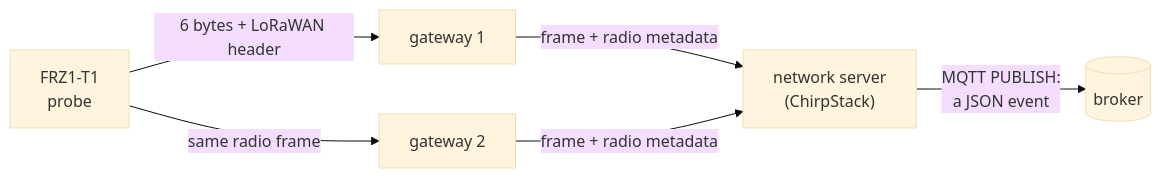
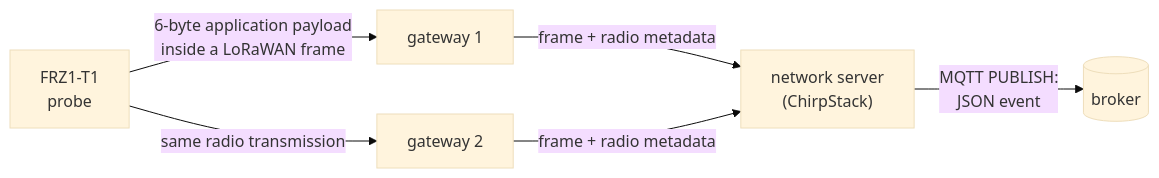
The second of 2 diagrams in lab1/README.md (lmendiboure/IoT-Labs-UPPA), drawn with Mermaid (base theme) before and after one commit. The commit also changed other lines of this file and 10 other files, not shown here.

````diff
--- a/lab1/README.md
+++ b/lab1/README.md
@@ -190,8 +264,8 @@
 ```mermaid
 flowchart LR
-    P["FRZ1-T1<br/>probe"] -- "6 bytes + LoRaWAN header" --> G1["gateway 1"]
-    P -- "same radio frame" --> G2["gateway 2"]
+    P["FRZ1-T1<br/>probe"] -- "6-byte application payload<br/>inside a LoRaWAN frame" --> G1["gateway 1"]
+    P -- "same radio transmission" --> G2["gateway 2"]
     G1 -- "frame + radio metadata" --> NS["network server<br/>(ChirpStack)"]
     G2 -- "frame + radio metadata" --> NS
-    NS -- "MQTT PUBLISH:<br/>a JSON event" --> B[("broker")]
+    NS -- "MQTT PUBLISH:<br/>JSON event" --> B[("broker")]
 ```
````
